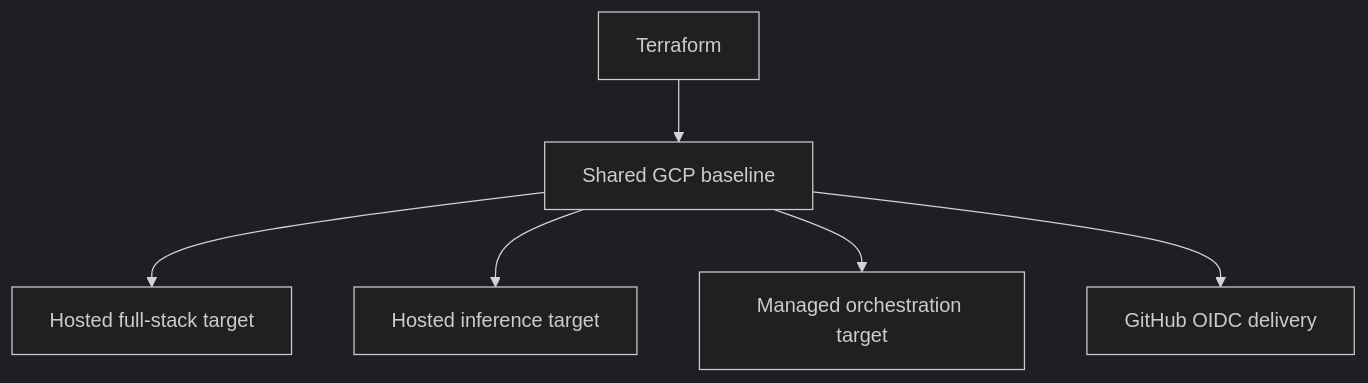
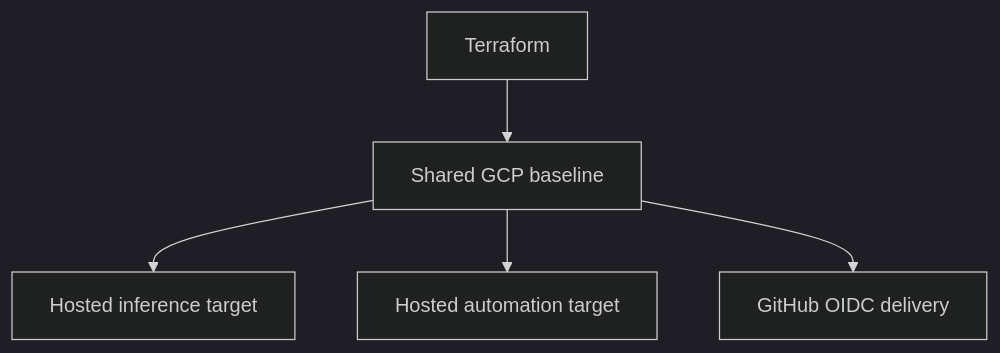
One commit to javihslu/foehncast changed the diagram in terraform/README.md. Above: the diagram before and after it, drawn with Mermaid (dark theme). The commit also changed other lines of this file and 16 other files, not shown here.

````diff
--- a/terraform/README.md
+++ b/terraform/README.md
@@ -19,8 +18,7 @@
 ```mermaid
 flowchart TD
    TF[Terraform] --> BASE[Shared GCP baseline]
-   BASE --> HOST[Hosted full-stack target]
    BASE --> RUN[Hosted inference target]
-   BASE --> COMP[Managed orchestration target]
+   BASE --> WF[Hosted automation target]
    BASE --> GH[GitHub OIDC delivery]
 ```
````
